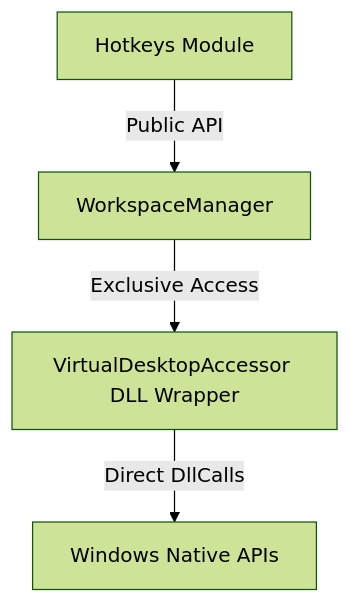
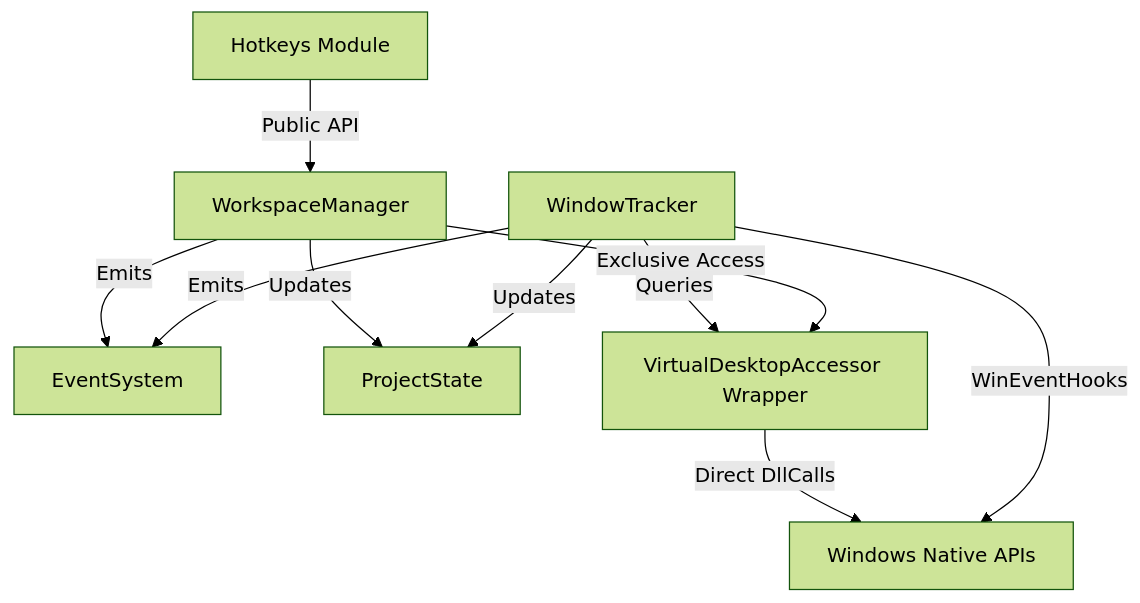
Before and after one commit to timburman/spacr: the diagram in README.md, drawn with Mermaid (forest theme). The commit also changed other lines of this file, not shown here.

````diff
--- a/README.md
+++ b/README.md
@@ -75,6 +77,12 @@
 ```mermaid
 flowchart TD
     HK[Hotkeys Module] -->|Public API| WM[WorkspaceManager]
-    WM -->|Exclusive Access| VDA[VirtualDesktopAccessor DLL Wrapper]
-    VDA -->|Direct DllCalls| WIN[Windows Native APIs]
+    WT[WindowTracker] -->|WinEventHooks| WIN[Windows Native APIs]
+    WT -->|Emits| EV[EventSystem]
+    WT -->|Updates| ST[ProjectState]
+    WM -->|Updates| ST
+    WM -->|Emits| EV
+    WM -->|Exclusive Access| VDA[VirtualDesktopAccessor Wrapper]
+    WT -->|Queries| VDA
+    VDA -->|Direct DllCalls| WIN
 ```
````
